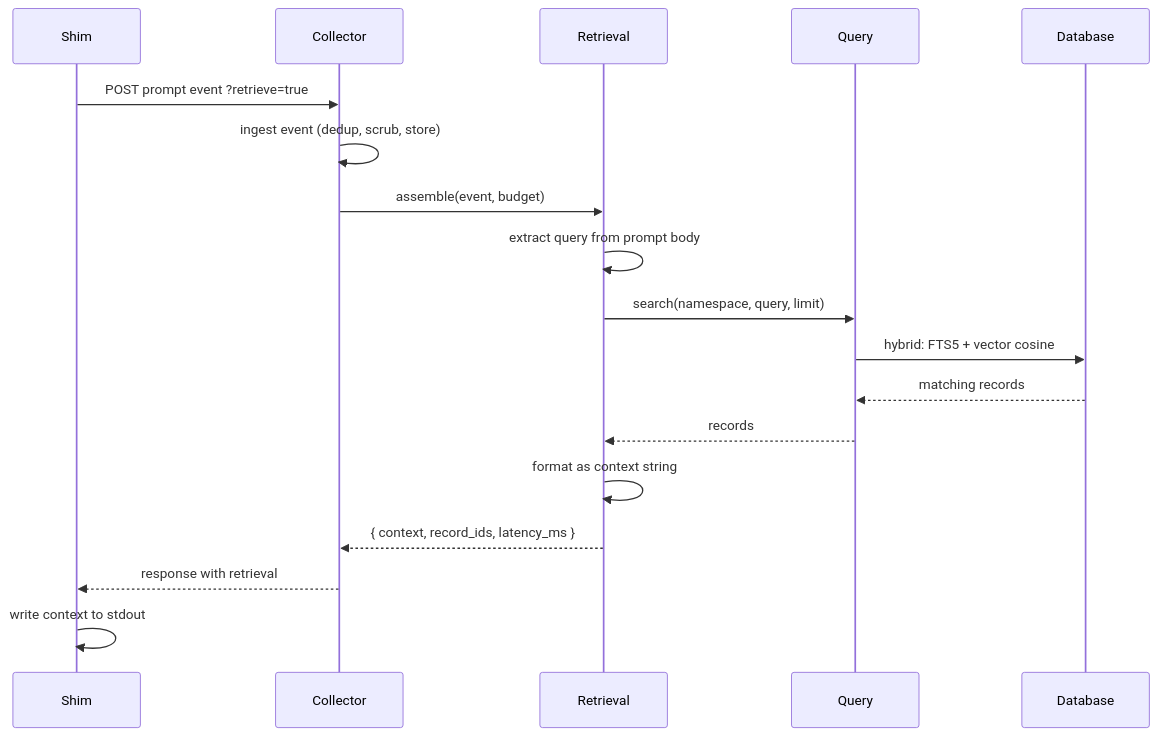
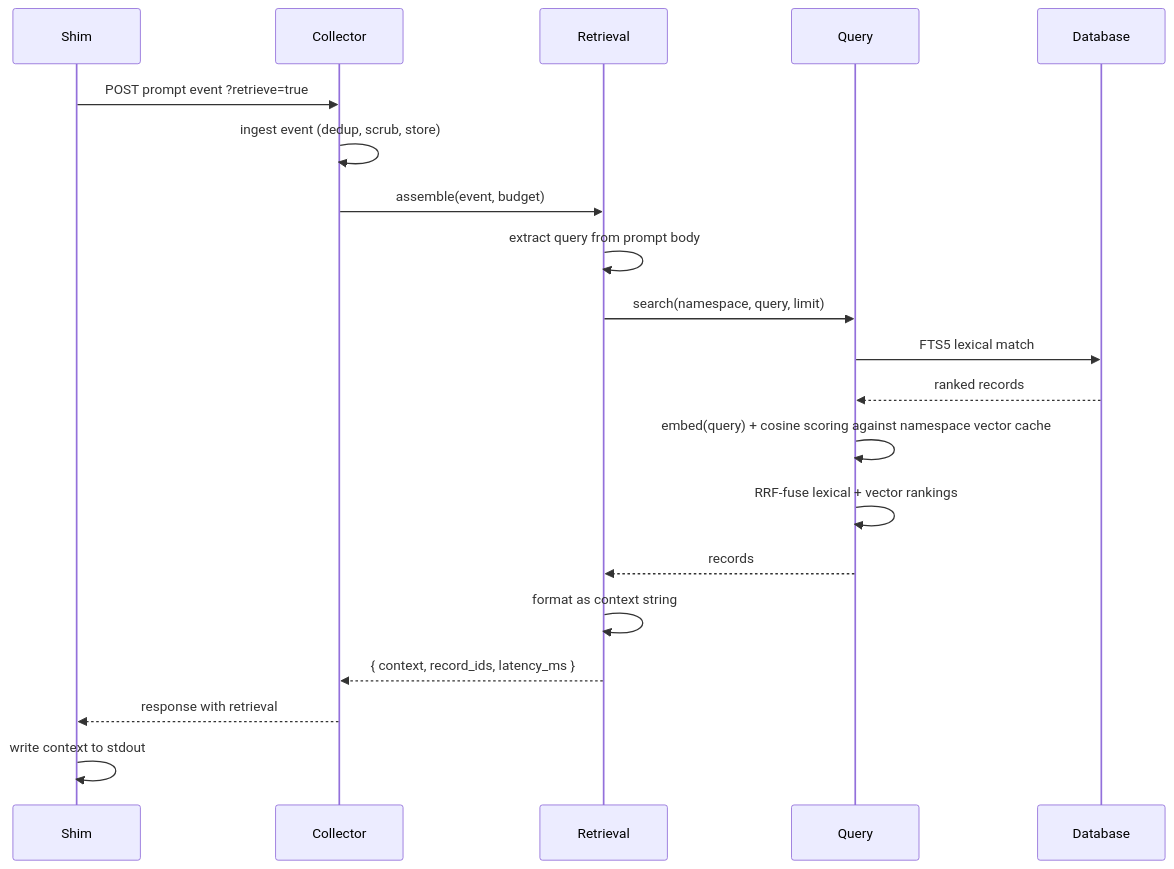
One commit to brendangeck/kiro-learn changed the first of 4 diagrams in docs/architecture/retrieval.mdx. Above: the diagram before and after it, drawn with Mermaid. The commit also changed other lines of this file and 6 other files, not shown here.

````diff
--- a/docs/architecture/retrieval.mdx
+++ b/docs/architecture/retrieval.mdx
@@ -19,21 +19,23 @@
 ```mermaid
 sequenceDiagram
     participant Shim
     participant Collector
     participant Retrieval
     participant Query
     participant Database
 
     Shim->>Collector: POST prompt event ?retrieve=true
     Collector->>Collector: ingest event (dedup, scrub, store)
     Collector->>Retrieval: assemble(event, budget)
     Retrieval->>Retrieval: extract query from prompt body
     Retrieval->>Query: search(namespace, query, limit)
-    Query->>Database: hybrid: FTS5 + vector cosine
-    Database-->>Query: matching records
+    Query->>Database: FTS5 lexical match
+    Database-->>Query: ranked records
+    Query->>Query: embed(query) + cosine scoring against namespace vector cache
+    Query->>Query: RRF-fuse lexical + vector rankings
     Query-->>Retrieval: records
     Retrieval->>Retrieval: format as context string
     Retrieval-->>Collector: { context, record_ids, latency_ms }
     Collector-->>Shim: response with retrieval
     Shim->>Shim: write context to stdout
 ```
````
